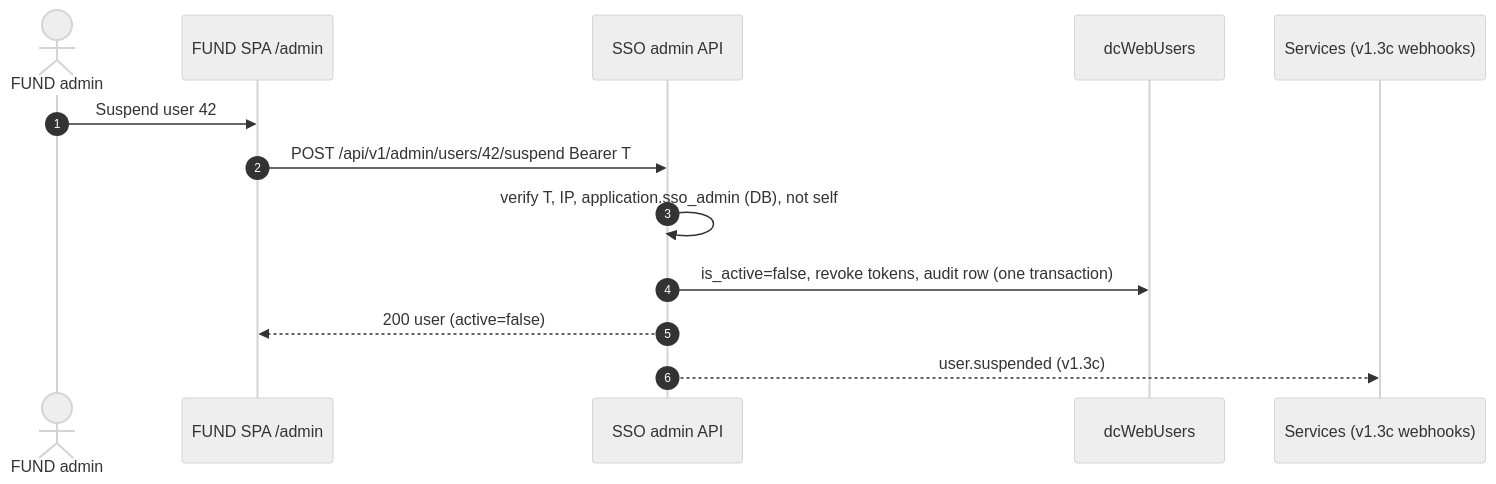
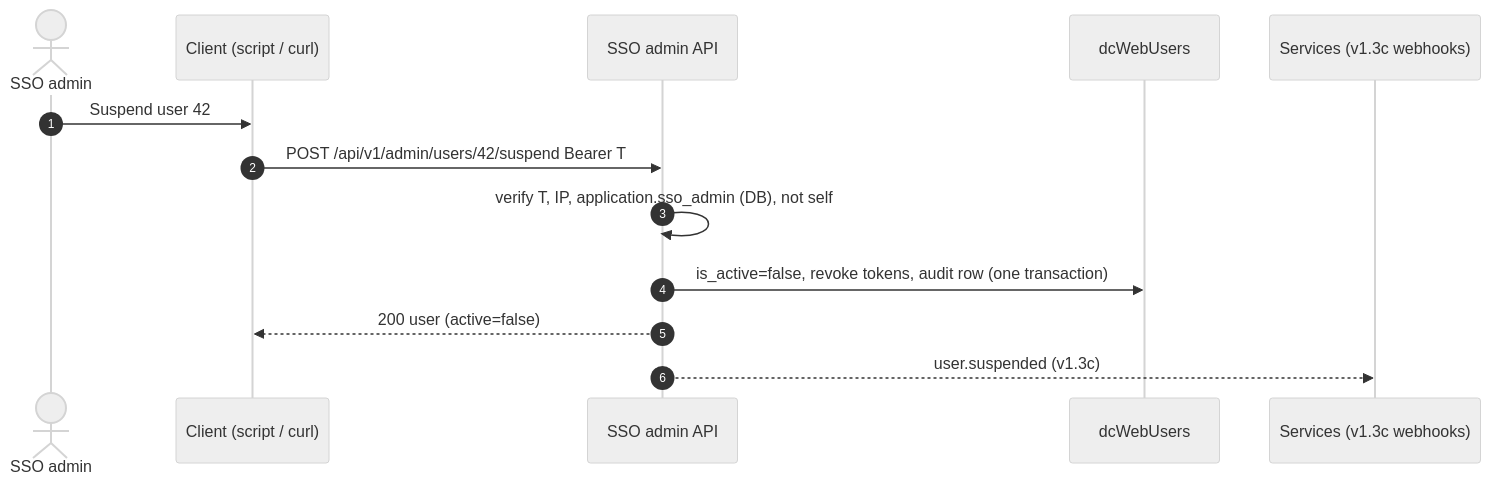
Before and after one commit to Neural-Matrix-LLC/SSO-server: diagram 15 of 18 in docs/ECOSYSTEM-INTEGRATION.md, drawn with Mermaid (neutral theme). The commit also changed other lines of this file, not shown here.

Commit message:
docs(ecosystem): admin UI moves to the SSO (/admin, v1.3d); FUND v1.5b loses admin UI; SGMCP v1.4 design pointer

````diff
--- a/docs/ECOSYSTEM-INTEGRATION.md
+++ b/docs/ECOSYSTEM-INTEGRATION.md
@@ -771,15 +798,15 @@
 ```mermaid
 sequenceDiagram
   autonumber
-  actor A as FUND admin
-  participant SPA as FUND SPA /admin
+  actor A as SSO admin
+  participant SPA as Client (script / curl)
   participant SSO as SSO admin API
   participant DB as dcWebUsers
   participant SV as Services (v1.3c webhooks)
   A->>SPA: Suspend user 42
   SPA->>SSO: POST /api/v1/admin/users/42/suspend Bearer T
   SSO->>SSO: verify T, IP, application.sso_admin (DB), not self
   SSO->>DB: is_active=false, revoke tokens, audit row (one transaction)
   SSO-->>SPA: 200 user (active=false)
   SSO-->>SV: user.suspended (v1.3c)
 ```
````
